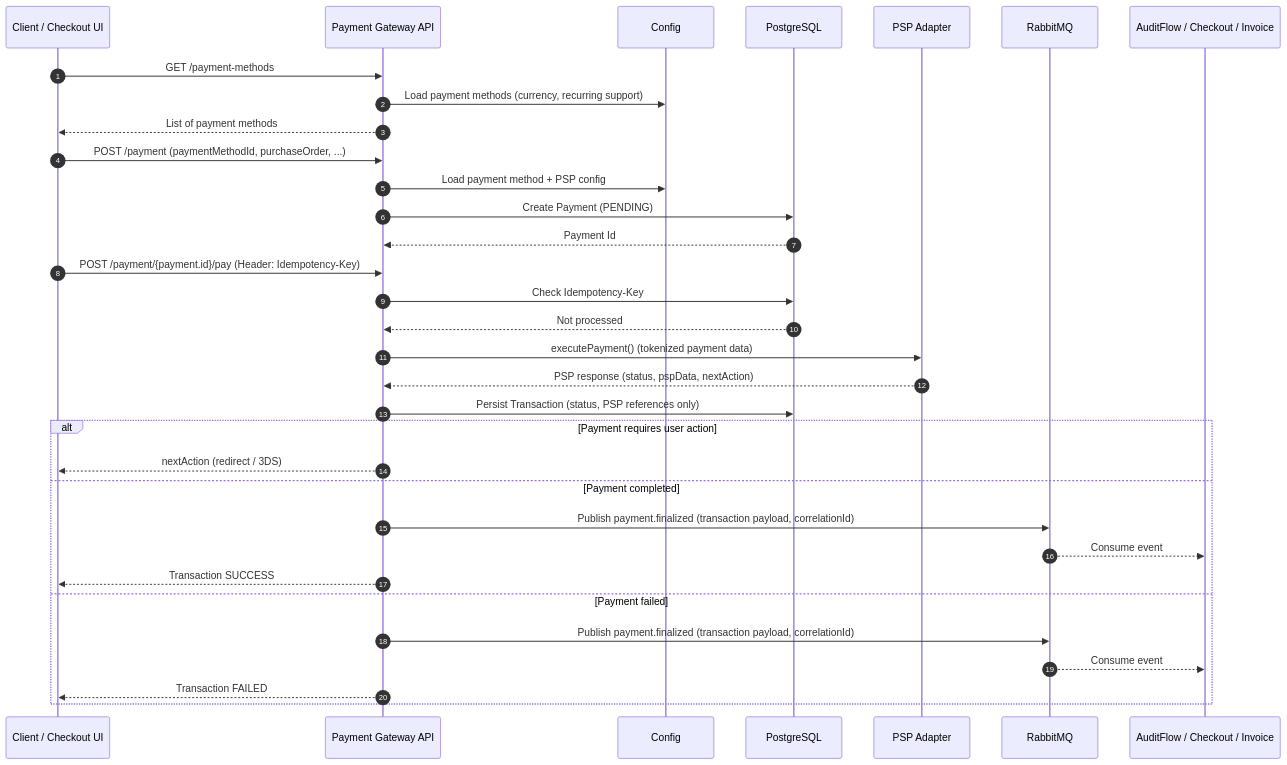
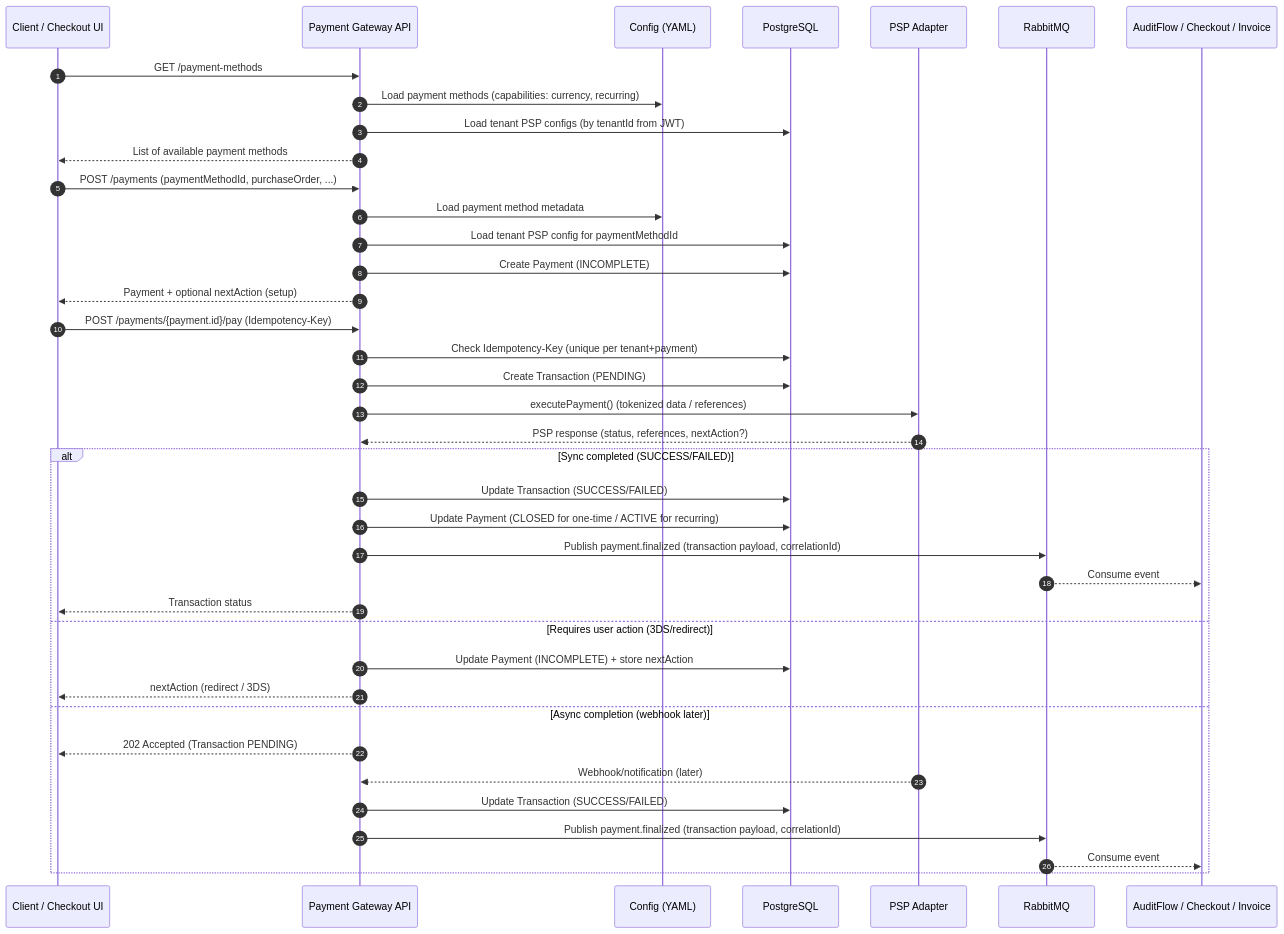
The diagram in payment-gateway/readme.md (Labs64/labs64.io-docs), drawn with Mermaid before and after one commit. The commit also changed other lines of this file, not shown here.

Commit message:
Define frontend tech stack for Payment Gateway UI (#2)
* - define frontend tech stack for Payment Gateway UI
- improve "User-Driven Payment Flow" diagram

* normalize endpoints to plural resources

````diff
--- a/payment-gateway/readme.md
+++ b/payment-gateway/readme.md
@@ -68,42 +68,46 @@
 ```mermaid
 sequenceDiagram
-    autonumber
+  autonumber
 
-    participant Client as Client / Checkout UI
-    participant API as Payment Gateway API
-    participant CFG as Config
-    participant DB as PostgreSQL
-    participant PSP as PSP Adapter
-    participant MQ as RabbitMQ
-    participant Subscriber as AuditFlow / Checkout / Invoice
+  participant Client as Client / Checkout UI
+  participant API as Payment Gateway API
+  participant CFG as Config (YAML)
+  participant DB as PostgreSQL
+  participant PSP as PSP Adapter
+  participant MQ as RabbitMQ
+  participant Subscriber as AuditFlow / Checkout / Invoice
 
-    Client->>API: GET /payment-methods
-    API->>CFG: Load payment methods (currency, recurring support)
-    API-->>Client: List of payment methods
+  Client->>API: GET /payment-methods
+  API->>CFG: Load payment methods (capabilities: currency, recurring)
+  API->>DB: Load tenant PSP configs (by tenantId from JWT)
+  API-->>Client: List of available payment methods
 
-    Client->>API: POST /payment (paymentMethodId, purchaseOrder, ...)
-    API->>CFG: Load payment method + PSP config
-    API->>DB: Create Payment (PENDING)
-    DB-->>API: Payment Id
+  Client->>API: POST /payments (paymentMethodId, purchaseOrder, ...)
+  API->>CFG: Load payment method metadata
+  API->>DB: Load tenant PSP config for paymentMethodId
+  API->>DB: Create Payment (INCOMPLETE)
+  API-->>Client: Payment + optional nextAction (setup)
 
-    Client->>API: POST /payment/{payment.id}/pay (Header: Idempotency-Key)
-    API->>DB: Check Idempotency-Key
-    DB-->>API: Not processed
+  Client->>API: POST /payments/{payment.id}/pay (Idempotency-Key)
+  API->>DB: Check Idempotency-Key (unique per tenant+payment)
+  API->>DB: Create Transaction (PENDING)
+  API->>PSP: executePayment() (tokenized data / references)
+  PSP-->>API: PSP response (status, references, nextAction?)
 
-    API->>PSP: executePayment() (tokenized payment data)
-    PSP-->>API: PSP response (status, pspData, nextAction)
-
-    API->>DB: Persist Transaction (status, PSP references only)
-
-    alt Payment requires user action
-        API-->>Client: nextAction (redirect / 3DS)
-    else Payment completed
-        API->>MQ: Publish payment.finalized (transaction payload, correlationId)
-        MQ-->>Subscriber: Consume event
-        API-->>Client: Transaction SUCCESS
-    else Payment failed
-        API->>MQ: Publish payment.finalized (transaction payload, correlationId)
-        MQ-->>Subscriber: Consume event
-        API-->>Client: Transaction FAILED
-    end
+  alt Sync completed (SUCCESS/FAILED)
+    API->>DB: Update Transaction (SUCCESS/FAILED)
+    API->>DB: Update Payment (CLOSED for one-time / ACTIVE for recurring)
+    API->>MQ: Publish payment.finalized (transaction payload, correlationId)
+    MQ-->>Subscriber: Consume event
+    API-->>Client: Transaction status
+  else Requires user action (3DS/redirect)
+    API->>DB: Update Payment (INCOMPLETE) + store nextAction
+    API-->>Client: nextAction (redirect / 3DS)
+  else Async completion (webhook later)
+    API-->>Client: 202 Accepted (Transaction PENDING)
+    PSP-->>API: Webhook/notification (later)
+    API->>DB: Update Transaction (SUCCESS/FAILED)
+    API->>MQ: Publish payment.finalized (transaction payload, correlationId)
+    MQ-->>Subscriber: Consume event
+  end
 ```
````
